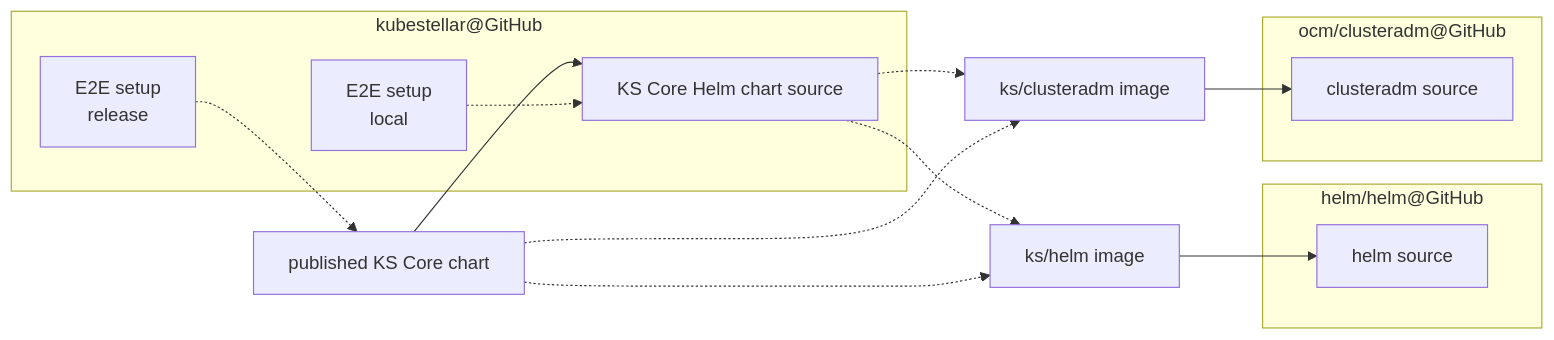
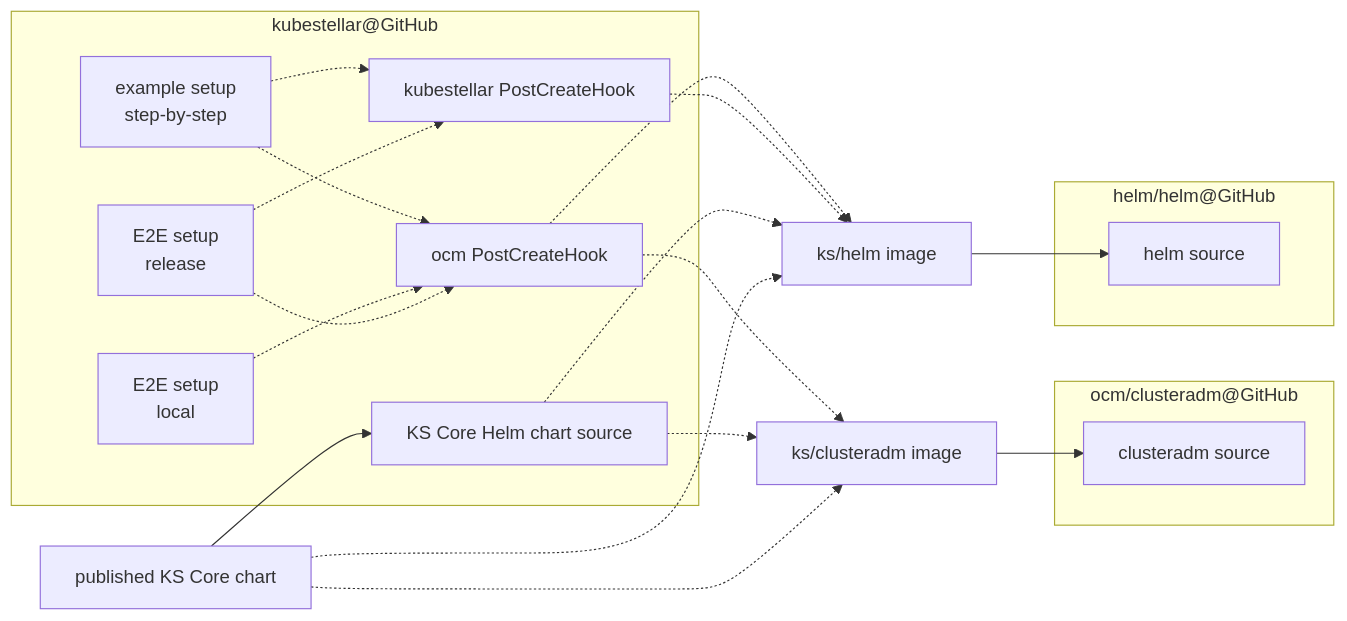
One commit to kubestellar/docs changed the fourth of 5 diagrams in docs/content/direct/packaging.md. Above: the diagram before and after it, drawn with Mermaid. The commit also changed other lines of this file and 123 other files, not shown here.

````diff
--- a/docs/content/direct/packaging.md
+++ b/docs/content/direct/packaging.md
@@ -114,23 +134,32 @@
 ```mermaid
 flowchart LR
     subgraph helm_repo["helm/helm@GitHub"]
     helm_src["helm source"]
     end
     subgraph cladm_repo["ocm/clusteradm@GitHub"]
     cladm_src["clusteradm source"]
     end
     subgraph ks_repo["kubestellar@GitHub"]
     ksc_hc_src[KS Core Helm chart source]
+    ks_pch[kubestellar PostCreateHook]
+    ocm_pch["ocm PostCreateHook"]
+    setup_steps["example setup<br>step-by-step"]
     e2e_local["E2E setup<br>local"]
     e2e_release["E2E setup<br>release"]
     end
     helm_image["ks/helm image"] --> helm_src
     cladm_image["ks/clusteradm image"] --> cladm_src
+    ocm_pch -.-> helm_image
+    ocm_pch -.-> cladm_image
+    ks_pch -.-> helm_image
     ksc_hc_repo[published KS Core chart] --> ksc_hc_src
     ksc_hc_src -.-> helm_image
     ksc_hc_src -.-> cladm_image
     ksc_hc_repo -.-> cladm_image
     ksc_hc_repo -.-> helm_image
-    e2e_local -.-> ksc_hc_src
-    e2e_release -.-> ksc_hc_repo
+    setup_steps -.-> ocm_pch
+    setup_steps -.-> ks_pch
+    e2e_local -.-> ocm_pch
+    e2e_release -.-> ocm_pch
+    e2e_release -.-> ks_pch
 ```
````
